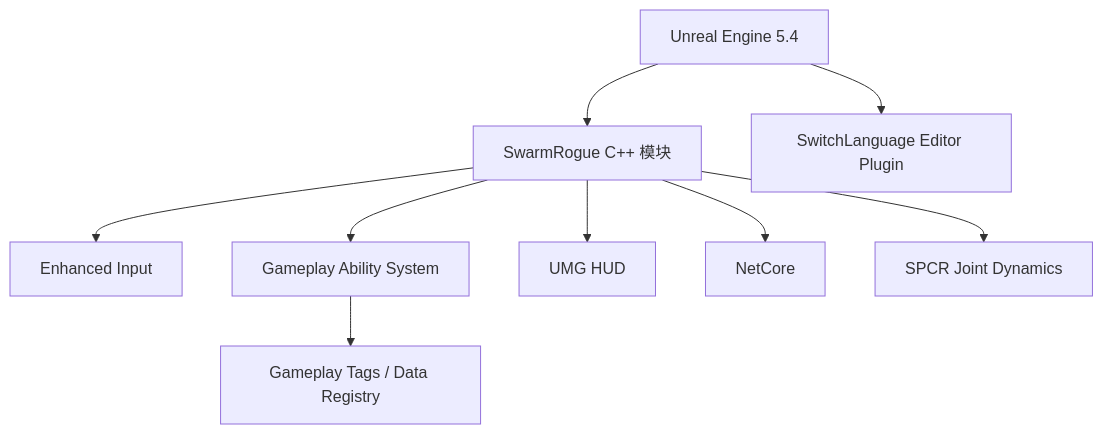
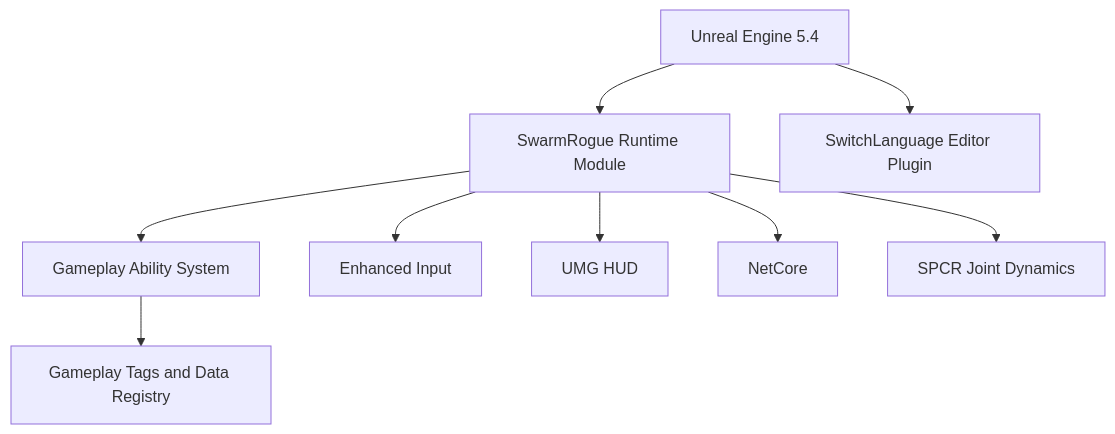
Before and after one commit to huangnaisheng/SwarmRougle: the diagram in README.md, drawn with Mermaid. The commit also changed other lines of this file and 1 other file, not shown here.

````diff
--- a/README.md
+++ b/README.md
@@ -23,21 +32,21 @@
 ```mermaid
 flowchart TD
-    UE[Unreal Engine 5.4]
-    CORE[SwarmRogue C++ 模块]
-    INPUT[Enhanced Input]
-    GAS[Gameplay Ability System]
-    DATA[Gameplay Tags / Data Registry]
+    Engine[Unreal Engine 5.4]
+    Runtime[SwarmRogue Runtime Module]
+    Abilities[Gameplay Ability System]
+    Data[Gameplay Tags and Data Registry]
+    Input[Enhanced Input]
     UI[UMG HUD]
-    NET[NetCore]
-    ANIM[SPCR Joint Dynamics]
-    EDITOR[SwitchLanguage Editor Plugin]
+    Network[NetCore]
+    Animation[SPCR Joint Dynamics]
+    Editor[SwitchLanguage Editor Plugin]
 
-    UE --> CORE
-    CORE --> INPUT
-    CORE --> GAS
-    GAS --> DATA
-    CORE --> UI
-    CORE --> NET
-    CORE --> ANIM
-    UE --> EDITOR
+    Engine --> Runtime
+    Runtime --> Abilities
+    Abilities --> Data
+    Runtime --> Input
+    Runtime --> UI
+    Runtime --> Network
+    Runtime --> Animation
+    Engine --> Editor
 ```
````
